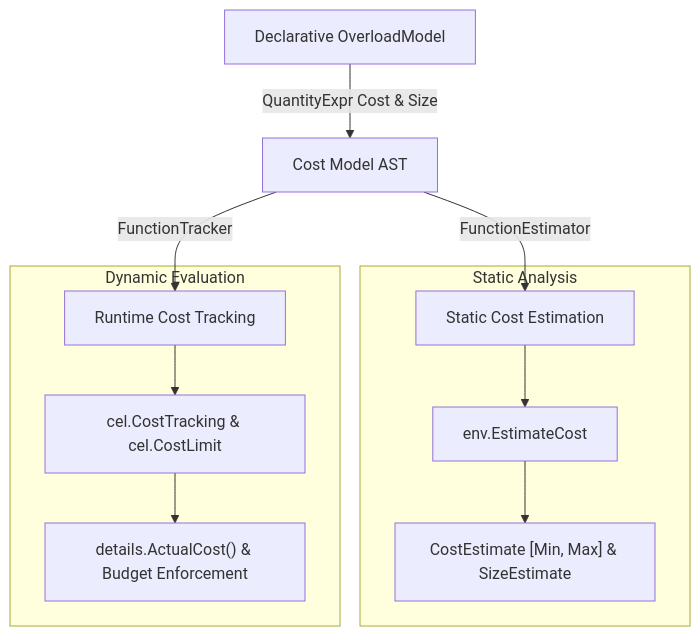
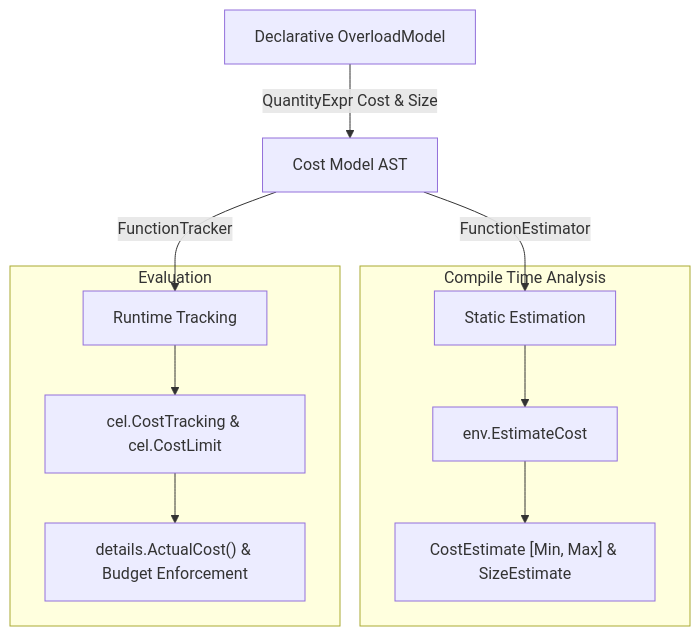
Before and after one commit to TristonianJones/cel-go: the diagram in docs/cost-model.md, drawn with Mermaid. The commit also changed other lines of this file, not shown here.

````diff
--- a/docs/cost-model.md
+++ b/docs/cost-model.md
@@ -28,16 +60,18 @@
 ```mermaid
 flowchart TD
     A[Declarative OverloadModel] -->|QuantityExpr Cost & Size| B[Cost Model AST]
-    B -->|FunctionEstimator| C[Static Cost Estimation]
-    B -->|FunctionTracker| D[Runtime Cost Tracking]
-    
-    subgraph Static Analysis
+
+    %% C is declared before D so that static estimation renders on the left.
+    B -->|FunctionEstimator| C[Static Estimation]
+    B -->|FunctionTracker| D[Runtime Tracking]
+
+    subgraph Compile Time Analysis
         C --> E[env.EstimateCost]
         E --> F["CostEstimate [Min, Max] & SizeEstimate"]
     end
-    
-    subgraph Dynamic Evaluation
+
+    subgraph Evaluation
         D --> G[cel.CostTracking & cel.CostLimit]
         G --> H["details.ActualCost() & Budget Enforcement"]
     end
 ```
````
